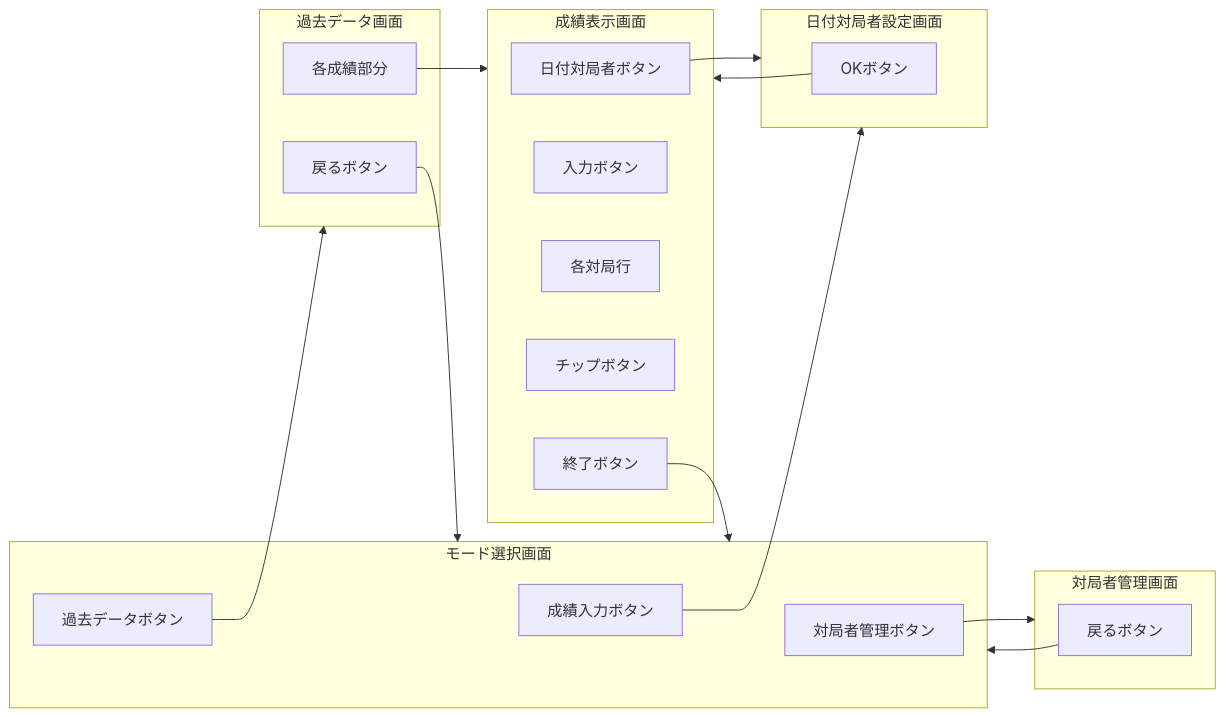
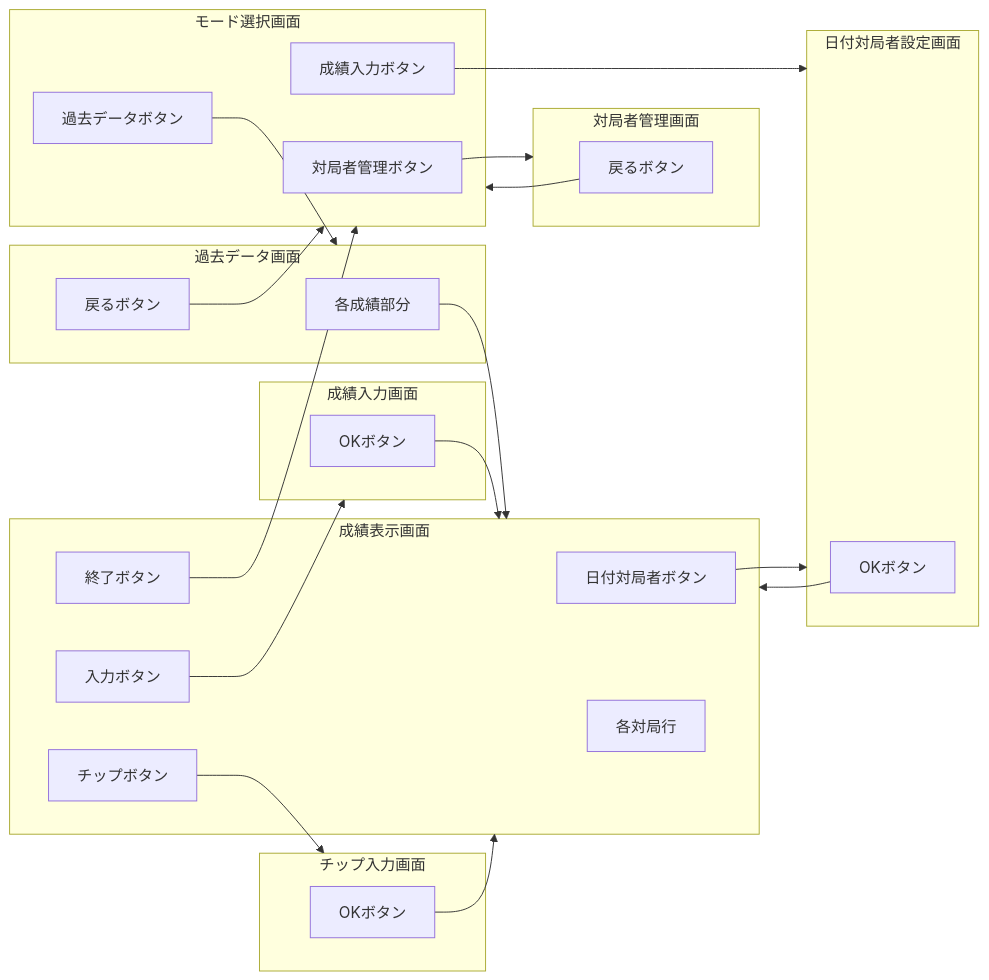
Before and after one commit to kongou71905/fs-test-app: the diagram in docs/05a-flow.md, drawn with Mermaid.

````diff
--- a/docs/05a-flow.md
+++ b/docs/05a-flow.md
@@ -2,39 +2,51 @@
 ```mermaid
 flowchart LR
 	subgraph 01-top[モード選択画面]
         A[対局者管理ボタン]
         B[過去データボタン]
         C[成績入力ボタン]
     end
 	
 	subgraph 02-kanri[対局者管理画面]
         D[戻るボタン]
     end
     
     subgraph 03-Data[過去データ画面]
         E[各成績部分]
         F[戻るボタン]
     end
     
     subgraph 04-set[日付対局者設定画面]
         G[OKボタン]
     end
     
     subgraph 05-view[成績表示画面]
         H[日付対局者ボタン]
         i[入力ボタン]
         J[各対局行]
         K[チップボタン]
         L[終了ボタン]
     end
     
+    subgraph 06-input[成績入力画面]
+        M[OKボタン]
+    end
+    
+    subgraph 07-chip[チップ入力画面]
+        N[OKボタン]
+    end
+    
     A --> 02-kanri
     B --> 03-Data
     C --> 04-set
     D --> 01-top
     E --> 05-view
     F --> 01-top
     G --> 05-view
     H --> 04-set
     L --> 01-top
+    i --> 06-input
+    M --> 05-view
+    K --> 07-chip
+    N --> 05-view
 ```
````
